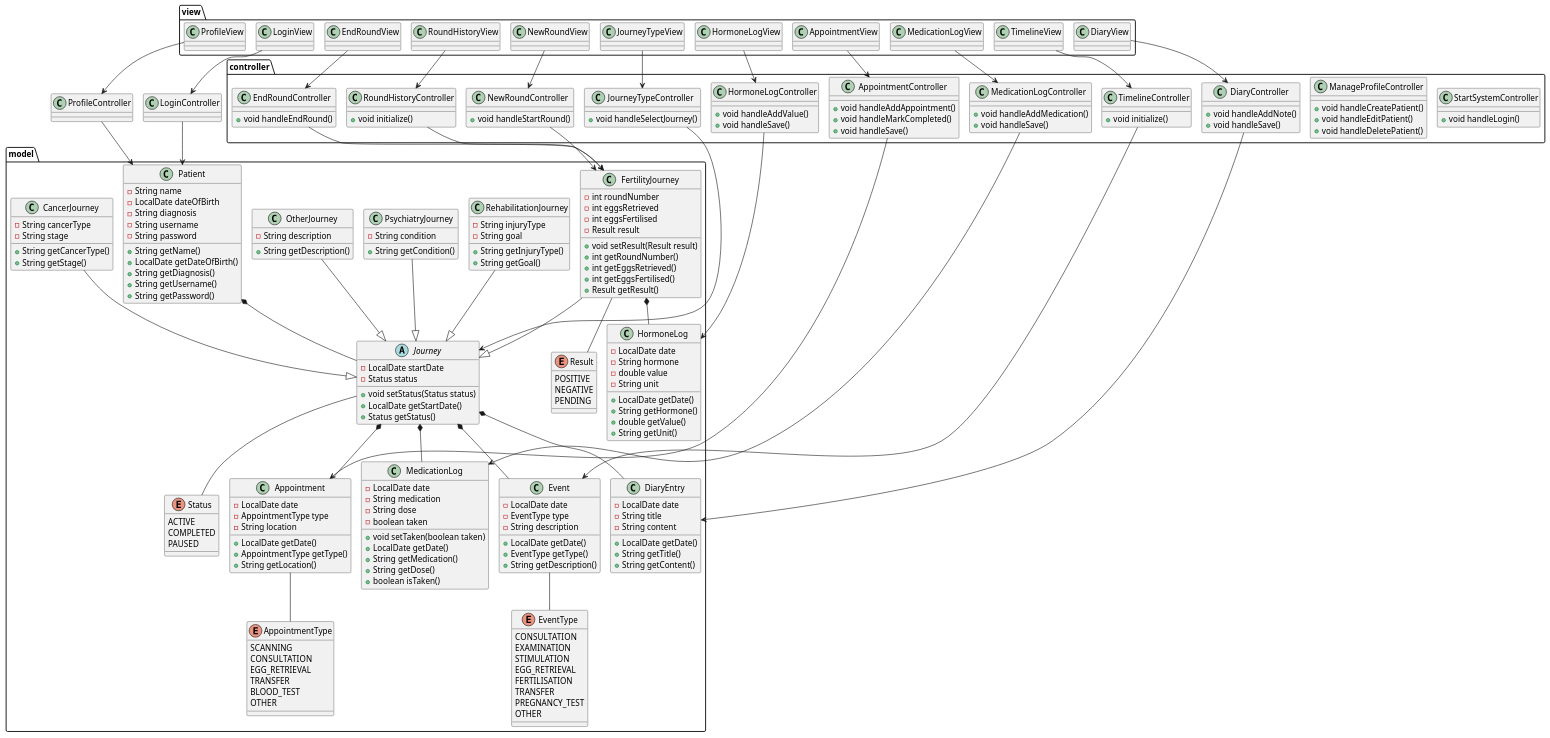
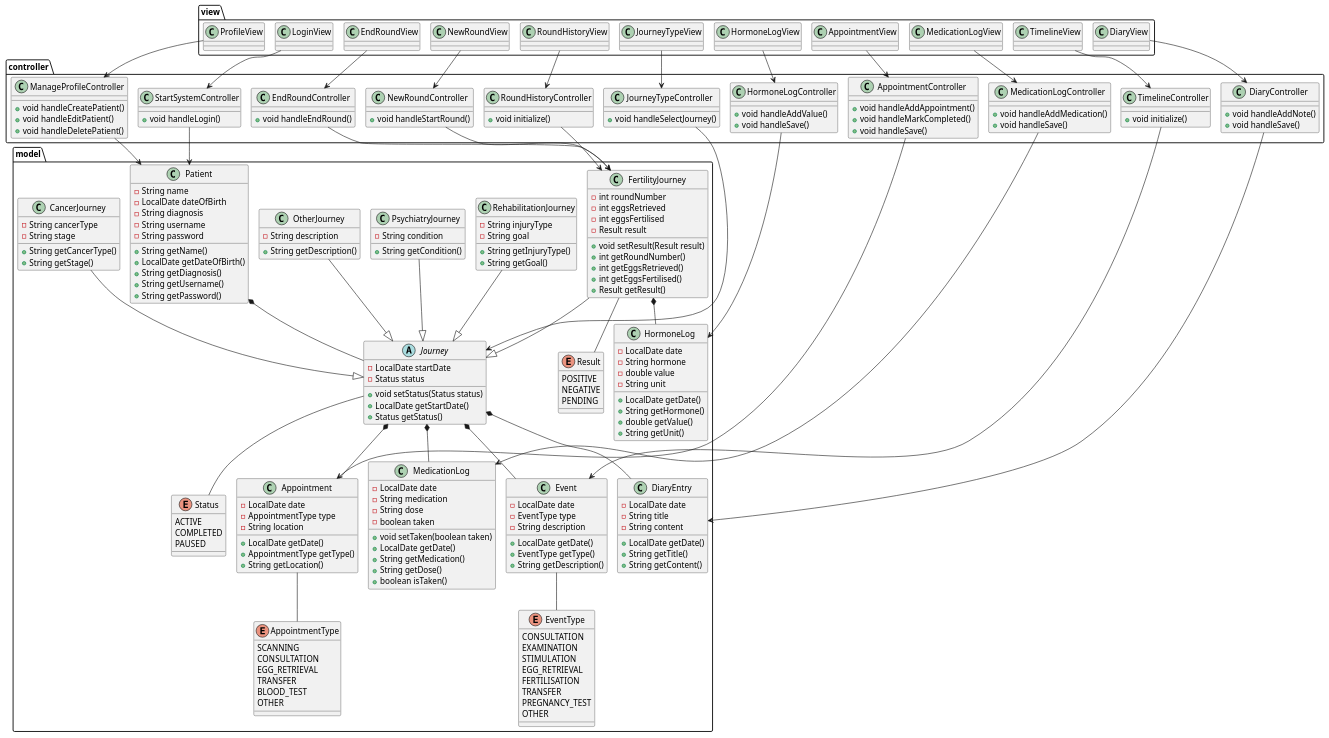
The diagram in doc/static/Klassediagram3.puml (BesimaP/SP4---MiniSP), drawn with PlantUML before and after one commit.

Commit message:
controller ændre navn igen

```diff
--- a/doc/static/Klassediagram3.puml
+++ b/doc/static/Klassediagram3.puml
@@ -210,8 +210,8 @@
 }
 
 ' VIEW -> CONTROLLER
-LoginView --> LoginController
-ProfileView --> ProfileController
+LoginView --> StartSystemController
+ProfileView --> ManageProfileController
 JourneyTypeView --> JourneyTypeController
 NewRoundView --> NewRoundController
 AppointmentView --> AppointmentController
@@ -223,8 +223,8 @@
 EndRoundView --> EndRoundController
 
 ' CONTROLLER -> MODEL
-LoginController --> Patient
-ProfileController --> Patient
+StartSystemController --> Patient
+ManageProfileController --> Patient
 JourneyTypeController --> Journey
 NewRoundController --> FertilityJourney
 AppointmentController --> Appointment
```
